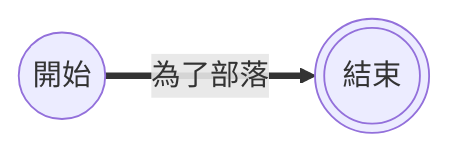
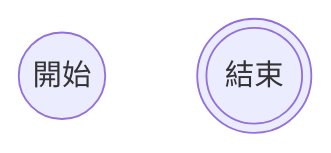
One commit to kuku0508/kuku_note_ver_2 changed the first of 2 diagrams in 知識/程式語言/Mermaid/語法/流程圖/連結目錄/隱形連結.md. Above: the diagram before and after it, drawn with Mermaid. The commit also changed other lines of this file and 2 other files, not shown here.

````diff
--- a/知識/程式語言/Mermaid/語法/流程圖/連結目錄/隱形連結.md
+++ b/知識/程式語言/Mermaid/語法/流程圖/連結目錄/隱形連結.md
@@ -2,6 +2,6 @@
 ```Mermaid
 flowchart LR
 A@{shape: circle, label: "開始"}
 B@{shape: dbl-circ, label: "結束"}
-A ==>|為了部落| B
+A ~~~  B
 ```
````
